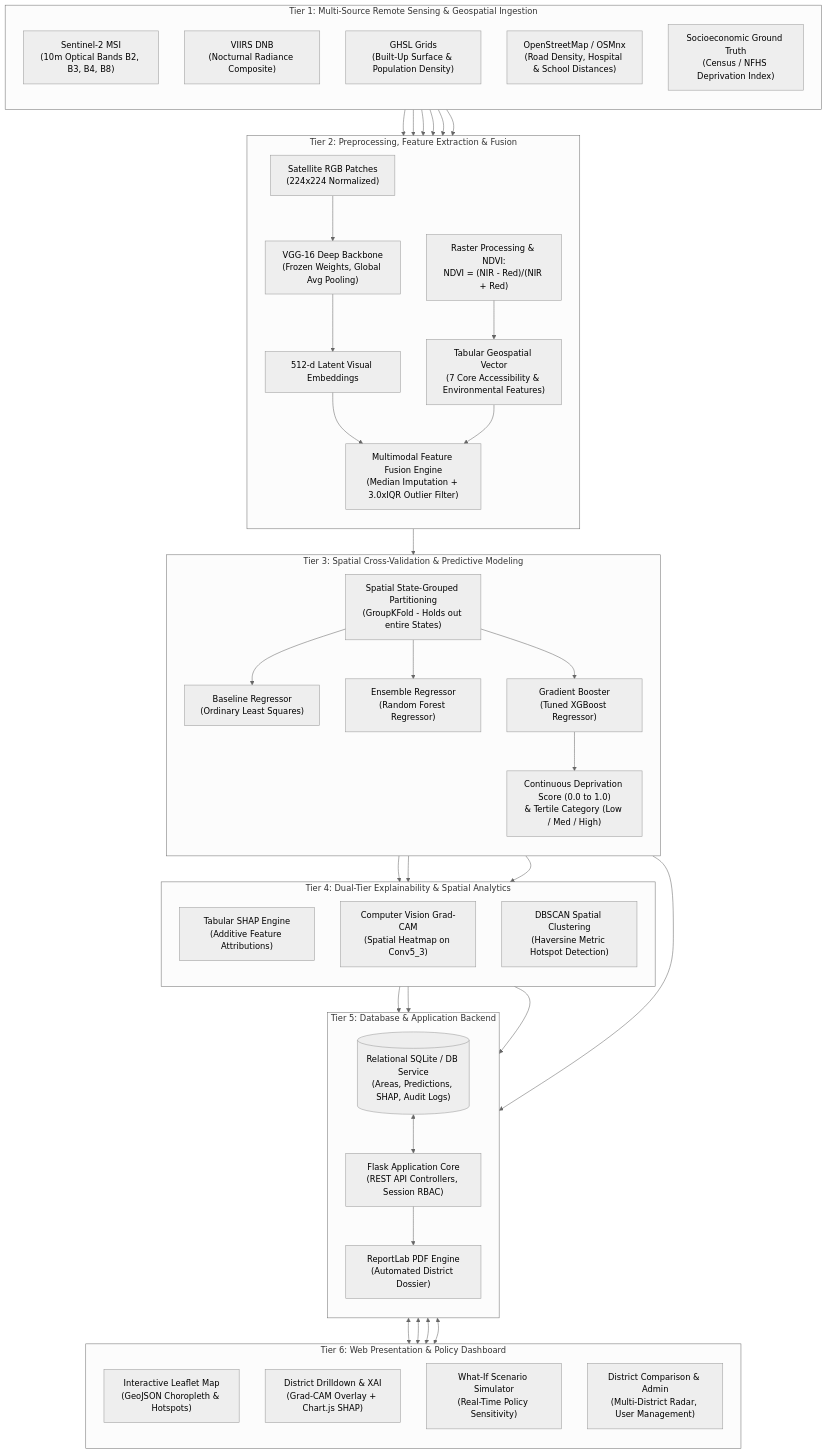
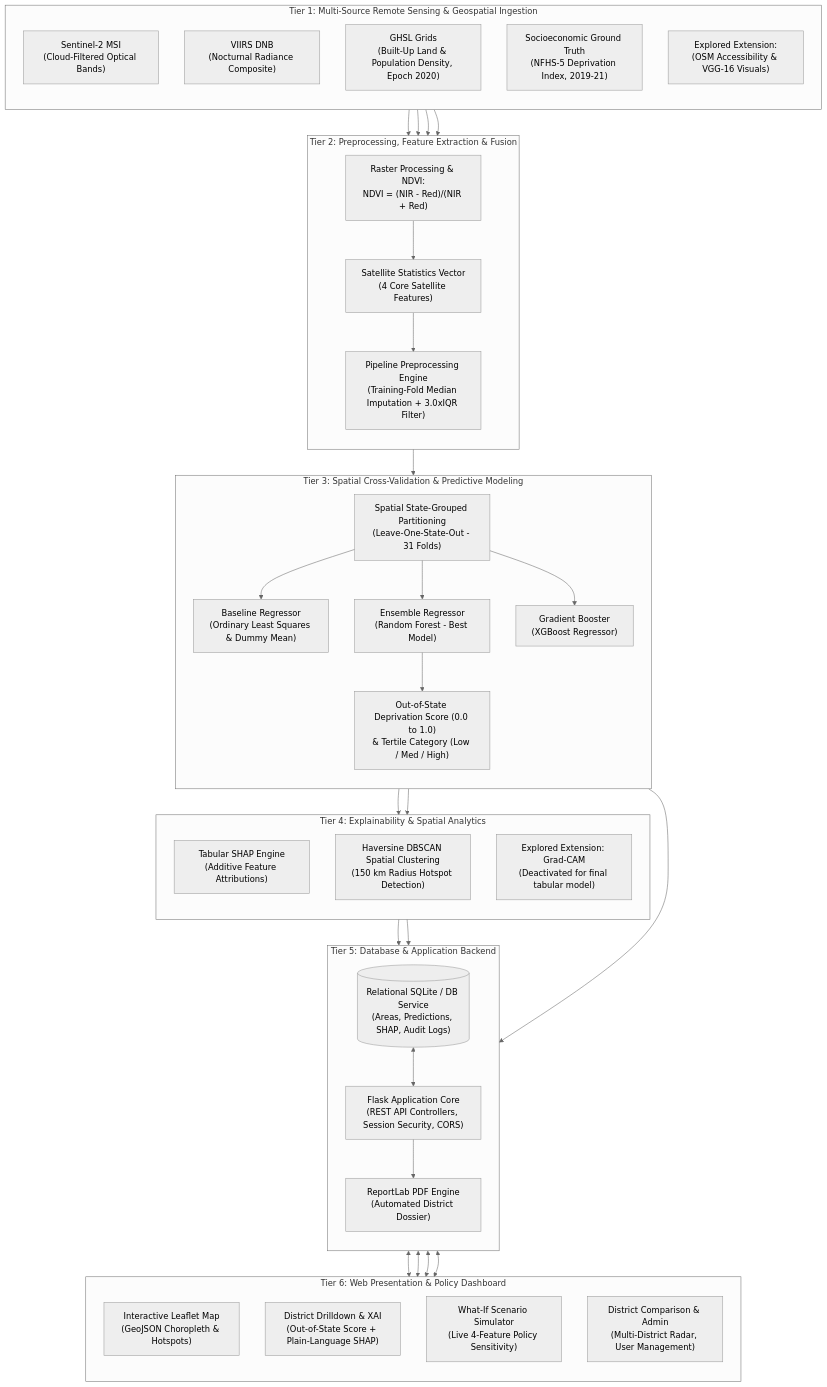
Before and after one commit to ditheshshettigar00-jpg/GeoPovertyAI: the diagram in documentation/SYSTEM_ARCHITECTURE.md, drawn with Mermaid (neutral theme). The commit also changed other lines of this file and 133 other files, not shown here.

Commit message:
Docs: exploratory visual-feature evidence and final cleanup

````diff
--- a/documentation/SYSTEM_ARCHITECTURE.md
+++ b/documentation/SYSTEM_ARCHITECTURE.md
@@ -46,68 +46,64 @@
 ```mermaid
 flowchart TB
     subgraph S1["Tier 1: Multi-Source Remote Sensing & Geospatial Ingestion"]
         direction TB
-        D1["Sentinel-2 MSI<br/>(10m Optical Bands B2, B3, B4, B8)"]
+        D1["Sentinel-2 MSI<br/>(Cloud-Filtered Optical Bands)"]
         D2["VIIRS DNB<br/>(Nocturnal Radiance Composite)"]
-        D3["GHSL Grids<br/>(Built-Up Surface & Population Density)"]
-        D4["OpenStreetMap / OSMnx<br/>(Road Density, Hospital & School Distances)"]
-        D5["Socioeconomic Ground Truth<br/>(Census / NFHS Deprivation Index)"]
+        D3["GHSL Grids<br/>(Built-Up Land & Population Density, Epoch 2020)"]
+        D4["Socioeconomic Ground Truth<br/>(NFHS-5 Deprivation Index, 2019-21)"]
+        D5["Explored Extension:<br/>(OSM Accessibility & VGG-16 Visuals)"]
     end
 
     subgraph S2["Tier 2: Preprocessing, Feature Extraction & Fusion"]
         direction TB
         P1["Raster Processing & NDVI:<br/>NDVI = (NIR - Red)/(NIR + Red)"]
-        P2["Satellite RGB Patches<br/>(224x224 Normalized)"]
-        P3["VGG-16 Deep Backbone<br/>(Frozen Weights, Global Avg Pooling)"]
-        P4["512-d Latent Visual Embeddings"]
-        P5["Tabular Geospatial Vector<br/>(7 Core Accessibility & Environmental Features)"]
-        P6["Multimodal Feature Fusion Engine<br/>(Median Imputation + 3.0xIQR Outlier Filter)"]
+        P2["Satellite Statistics Vector<br/>(4 Core Satellite Features)"]
+        P3["Pipeline Preprocessing Engine<br/>(Training-Fold Median Imputation + 3.0xIQR Filter)"]
     end
 
     subgraph S3["Tier 3: Spatial Cross-Validation & Predictive Modeling"]
         direction TB
-        M1["Spatial State-Grouped Partitioning<br/>(GroupKFold - Holds out entire States)"]
-        M2["Baseline Regressor<br/>(Ordinary Least Squares)"]
-        M3["Ensemble Regressor<br/>(Random Forest Regressor)"]
-        M4["Gradient Booster<br/>(Tuned XGBoost Regressor)"]
-        M5["Continuous Deprivation Score (0.0 to 1.0)<br/>& Tertile Category (Low / Med / High)"]
+        M1["Spatial State-Grouped Partitioning<br/>(Leave-One-State-Out - 31 Folds)"]
+        M2["Baseline Regressor<br/>(Ordinary Least Squares & Dummy Mean)"]
+        M3["Ensemble Regressor<br/>(Random Forest - Best Model)"]
+        M4["Gradient Booster<br/>(XGBoost Regressor)"]
+        M5["Out-of-State Deprivation Score (0.0 to 1.0)<br/>& Tertile Category (Low / Med / High)"]
     end
 
-    subgraph S4["Tier 4: Dual-Tier Explainability & Spatial Analytics"]
+    subgraph S4["Tier 4: Explainability & Spatial Analytics"]
         direction TB
         X1["Tabular SHAP Engine<br/>(Additive Feature Attributions)"]
-        X2["Computer Vision Grad-CAM<br/>(Spatial Heatmap on Conv5_3)"]
-        X3["DBSCAN Spatial Clustering<br/>(Haversine Metric Hotspot Detection)"]
+        X2["Haversine DBSCAN Spatial Clustering<br/>(150 km Radius Hotspot Detection)"]
+        X3["Explored Extension: Grad-CAM<br/>(Deactivated for final tabular model)"]
     end
 
     subgraph S5["Tier 5: Database & Application Backend"]
         direction TB
         DB[("Relational SQLite / DB Service<br/>(Areas, Predictions, SHAP, Audit Logs)")]
-        APP["Flask Application Core<br/>(REST API Controllers, Session RBAC)"]
+        APP["Flask Application Core<br/>(REST API Controllers, Session Security, CORS)"]
         REP["ReportLab PDF Engine<br/>(Automated District Dossier)"]
     end
 
     subgraph S6["Tier 6: Web Presentation & Policy Dashboard"]
         direction TB
         UI1["Interactive Leaflet Map<br/>(GeoJSON Choropleth & Hotspots)"]
-        UI2["District Drilldown & XAI<br/>(Grad-CAM Overlay + Chart.js SHAP)"]
-        UI3["What-If Scenario Simulator<br/>(Real-Time Policy Sensitivity)"]
+        UI2["District Drilldown & XAI<br/>(Out-of-State Score + Plain-Language SHAP)"]
+        UI3["What-If Scenario Simulator<br/>(Live 4-Feature Policy Sensitivity)"]
         UI4["District Comparison & Admin<br/>(Multi-District Radar, User Management)"]
     end
 
     %% Data flow connections
-    D1 --> P1 & P2
-    D2 & D3 & D4 --> P5
-    D5 --> P6
-    P1 --> P5
-    P2 --> P3 --> P4
-    P4 & P5 --> P6
-    P6 --> M1
+    D1 --> P1
+    D2 & D3 --> P2
+    P1 --> P2
+    D4 --> P3
+    P2 --> P3
+    P3 --> M1
     M1 --> M2 & M3 & M4
-    M4 --> M5
-    M5 --> X1 & X2 & X3
-    M5 & X1 & X2 & X3 --> DB
+    M3 --> M5
+    M5 --> X1 & X2
+    M5 & X1 & X2 --> DB
     DB <--> APP
     APP --> REP
     APP <--> UI1 & UI2 & UI3 & UI4
 ```
````
